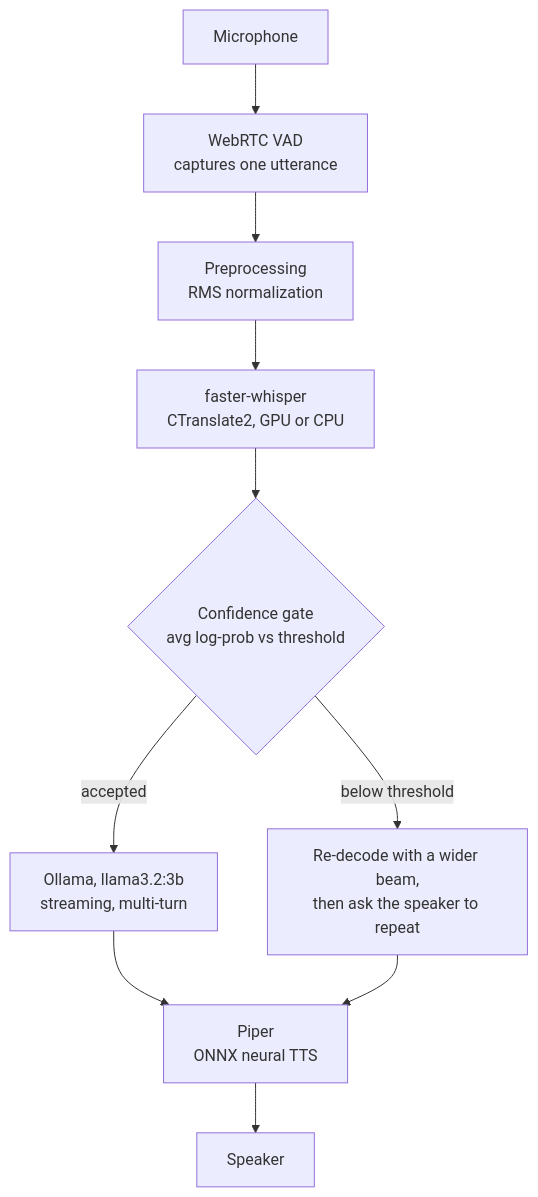
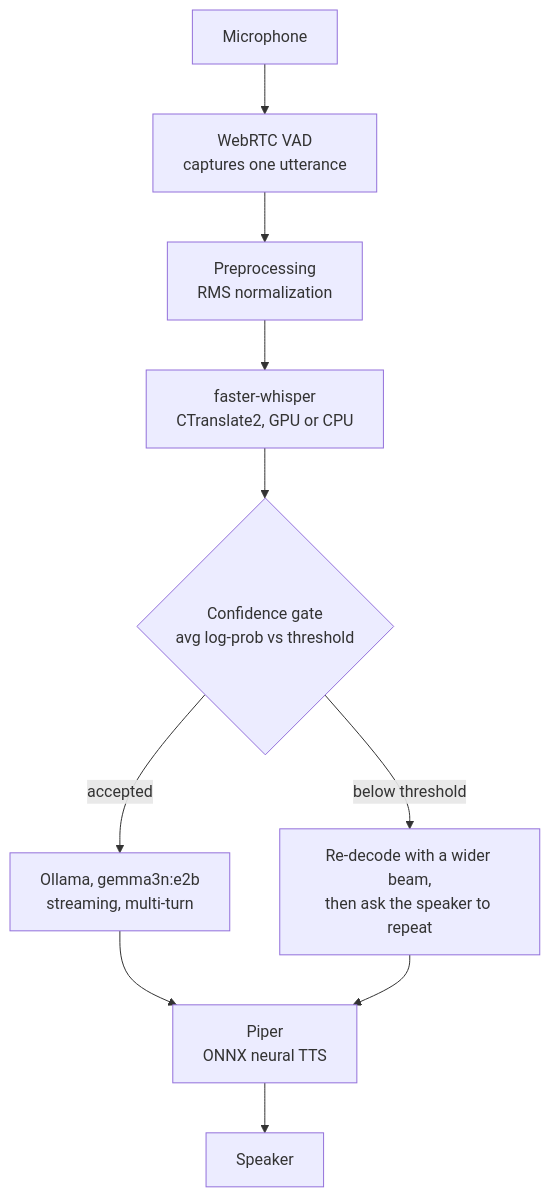
The diagram in README.md (Sandeepsrinivasan-14/voice-chatbot), drawn with Mermaid before and after one commit. The commit also changed other lines of this file and 11 other files, not shown here.

````diff
--- a/README.md
+++ b/README.md
@@ -37,12 +37,12 @@
 ```mermaid
 flowchart TD
     mic[Microphone] --> vad[WebRTC VAD<br/>captures one utterance]
     vad --> pre[Preprocessing<br/>RMS normalization]
     pre --> stt[faster-whisper<br/>CTranslate2, GPU or CPU]
     stt --> gate{Confidence gate<br/>avg log-prob vs threshold}
     gate -->|below threshold| retry[Re-decode with a wider beam,<br/>then ask the speaker to repeat]
-    gate -->|accepted| llm[Ollama, llama3.2:3b<br/>streaming, multi-turn]
+    gate -->|accepted| llm[Ollama, gemma3n:e2b<br/>streaming, multi-turn]
     llm --> tts[Piper<br/>ONNX neural TTS]
     retry --> tts
     tts --> spk[Speaker]
 ```
````
